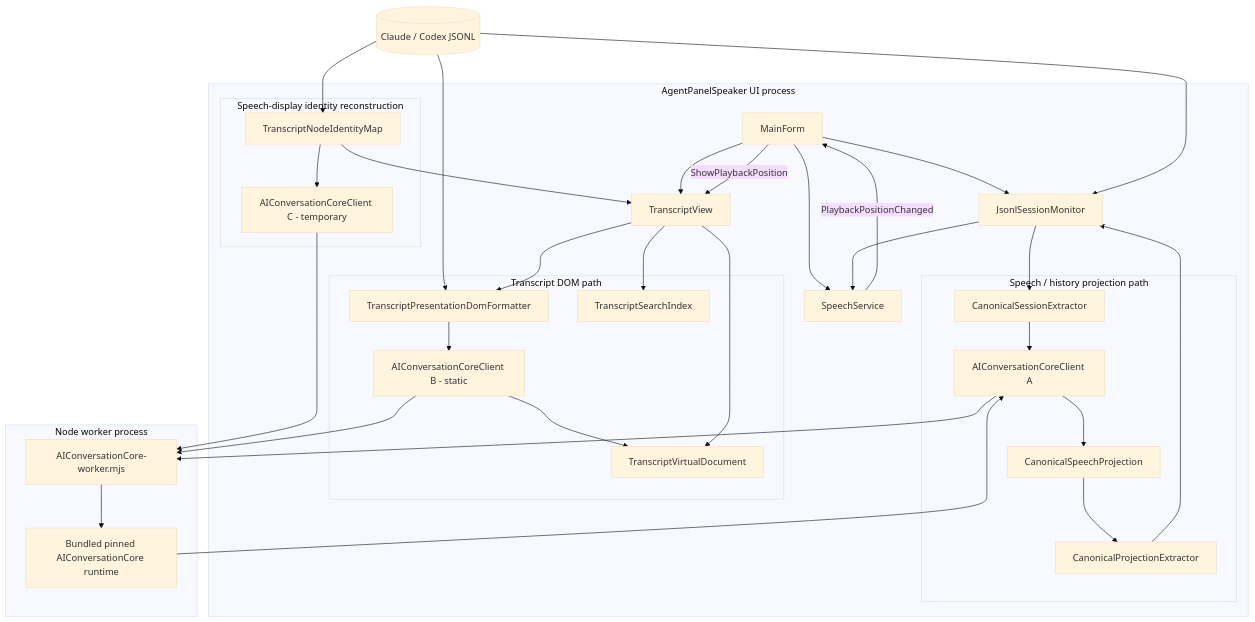
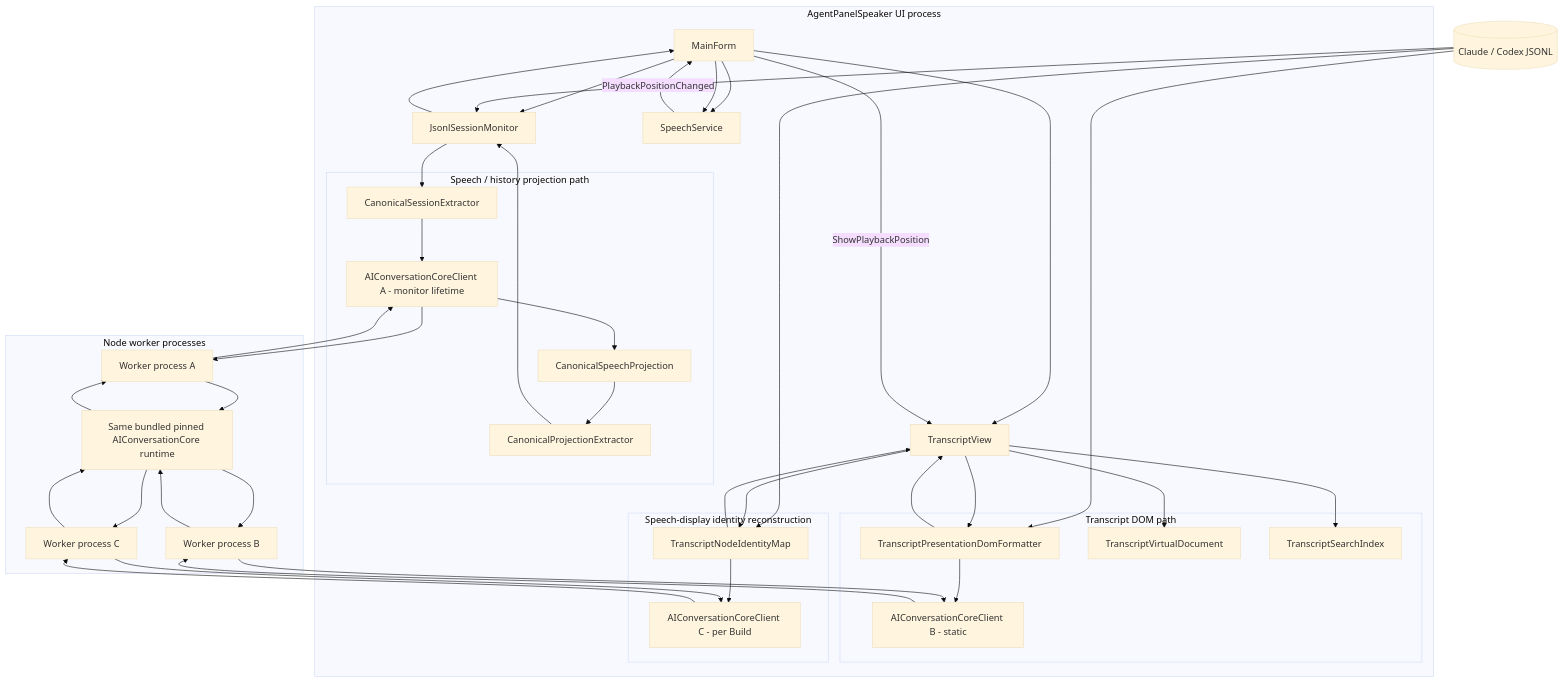
Before and after one commit to Ma-XX-oN/AgentPanelSpeaker.NET: the first of 4 diagrams in docs/architecture/current-runtime.md, drawn with Mermaid (base theme). The commit also changed other lines of this file, not shown here.

Commit message:
docs: correct current worker and event relationships

````diff
--- a/docs/architecture/current-runtime.md
+++ b/docs/architecture/current-runtime.md
@@ -7,66 +7,77 @@
 ```mermaid
 flowchart TB
   subgraph UI[AgentPanelSpeaker UI process]
     MF[MainForm]
     TV[TranscriptView]
     JM[JsonlSessionMonitor]
     SS[SpeechService]
 
     subgraph SpeechProjection[Speech / history projection path]
       CSE[CanonicalSessionExtractor]
-      CPC1[AIConversationCoreClient A]
+      CPC1[AIConversationCoreClient A - monitor lifetime]
       CSP[CanonicalSpeechProjection]
       CPE[CanonicalProjectionExtractor]
     end
 
     subgraph DisplayProjection[Transcript DOM path]
       TPDF[TranscriptPresentationDomFormatter]
       CPC2[AIConversationCoreClient B - static]
       TVD[TranscriptVirtualDocument]
       TSI[TranscriptSearchIndex]
     end
 
     subgraph IdentityProjection[Speech-display identity reconstruction]
       TNIM[TranscriptNodeIdentityMap]
-      CPC3[AIConversationCoreClient C - temporary]
+      CPC3[AIConversationCoreClient C - per Build]
     end
   end
 
-  subgraph Worker[Node worker process]
-    NW[AIConversationCore-worker.mjs]
-    CR[Bundled pinned AIConversationCore runtime]
+  subgraph WorkerProcesses[Node worker processes]
+    NW1[Worker process A]
+    NW2[Worker process B]
+    NW3[Worker process C]
+    CR[Same bundled pinned AIConversationCore runtime]
   end
 
   JSONL[(Claude / Codex JSONL)]
 
   MF --> JM
   MF --> SS
   MF --> TV
 
   JSONL --> JM
   JM --> CSE
   CSE --> CPC1
-  CPC1 --> NW
-  NW --> CR
-  CR --> CPC1
+  CPC1 --> NW1
+  NW1 --> CR
+  CR --> NW1
+  NW1 --> CPC1
   CPC1 --> CSP
   CSP --> CPE
   CPE --> JM
-  JM --> SS
+  JM --> MF
+  MF --> SS
 
   JSONL --> TPDF
+  TV --> TPDF
   TPDF --> CPC2
-  CPC2 --> NW
-  CPC2 --> TVD
-  TV --> TPDF
+  CPC2 --> NW2
+  NW2 --> CR
+  CR --> NW2
+  NW2 --> CPC2
+  TPDF --> TV
   TV --> TVD
   TV --> TSI
 
   JSONL --> TNIM
+  TV --> TNIM
   TNIM --> CPC3
-  CPC3 --> NW
+  CPC3 --> NW3
+  NW3 --> CR
+  CR --> NW3
+  NW3 --> CPC3
   TNIM --> TV
 
   SS -->|PlaybackPositionChanged| MF
   MF -->|ShowPlaybackPosition| TV
 ```
````
